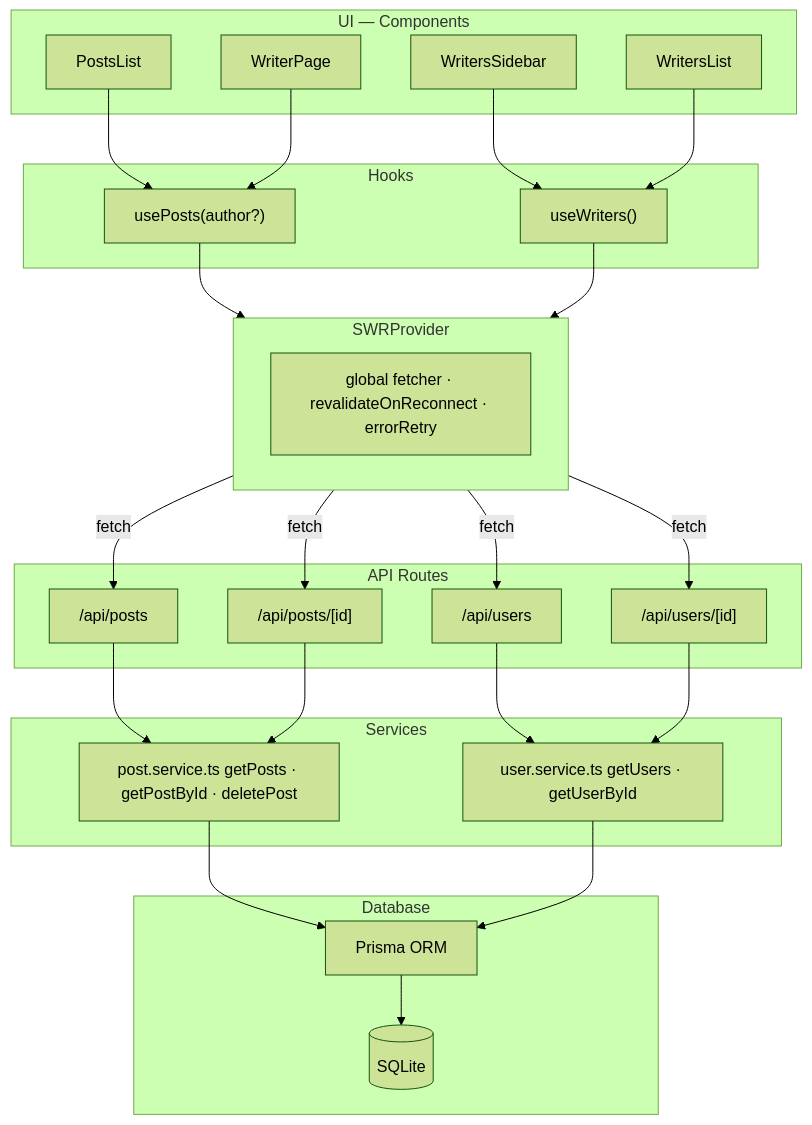
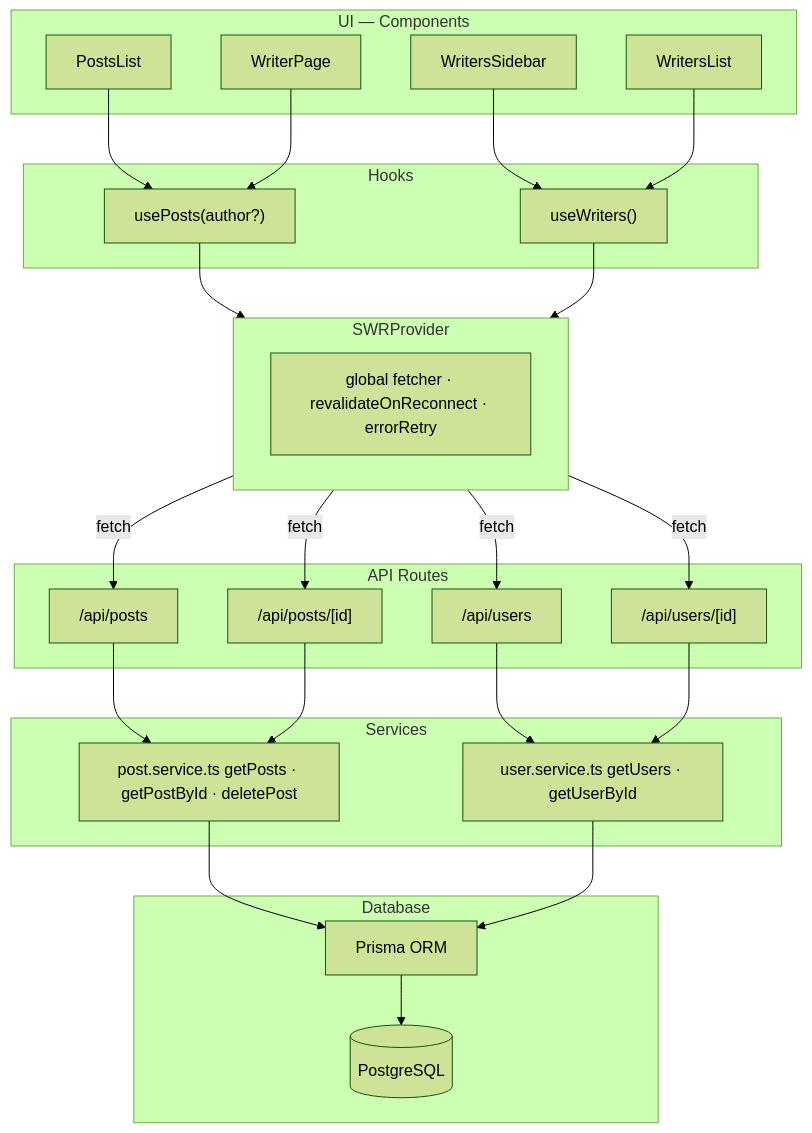
One commit to marianamolinadev/Streapost changed the diagram in README.md. Above: the diagram before and after it, drawn with Mermaid (forest theme). The commit also changed other lines of this file and 12 other files, not shown here.

Commit message:
feat: migrate to Vercel + Supabase (PostgreSQL)

````diff
--- a/README.md
+++ b/README.md
@@ -115,57 +118,57 @@
 ```mermaid
 flowchart TD
     subgraph UI["UI — Components"]
         PostsList["PostsList"]
         WritersSidebar["WritersSidebar"]
         WritersList["WritersList"]
         WriterPage["WriterPage"]
     end
 
     subgraph Hooks["Hooks"]
         usePosts["usePosts(author?)"]
         useWriters["useWriters()"]
     end
 
     subgraph Provider["SWRProvider"]
         fetcher["global fetcher · revalidateOnReconnect · errorRetry"]
     end
 
     subgraph API["API Routes"]
         r1["/api/posts"]
         r2["/api/posts/[id]"]
         r3["/api/users"]
         r4["/api/users/[id]"]
     end
 
     subgraph Services["Services"]
         postSvc["post.service.ts getPosts · getPostById · deletePost"]
         userSvc["user.service.ts getUsers · getUserById"]
     end
 
     subgraph DB["Database"]
         Prisma["Prisma ORM"]
-        SQLite[("SQLite")]
+        Postgres[("PostgreSQL")]
     end
 
     PostsList --> usePosts
     WritersSidebar --> useWriters
     WritersList --> useWriters
     WriterPage --> usePosts
 
     usePosts --> Provider
     useWriters --> Provider
 
     Provider -->|fetch| r1
     Provider -->|fetch| r2
     Provider -->|fetch| r3
     Provider -->|fetch| r4
 
     r1 --> postSvc
     r2 --> postSvc
     r3 --> userSvc
     r4 --> userSvc
 
     postSvc --> Prisma
     userSvc --> Prisma
-    Prisma --> SQLite
+    Prisma --> Postgres
 ```
````
